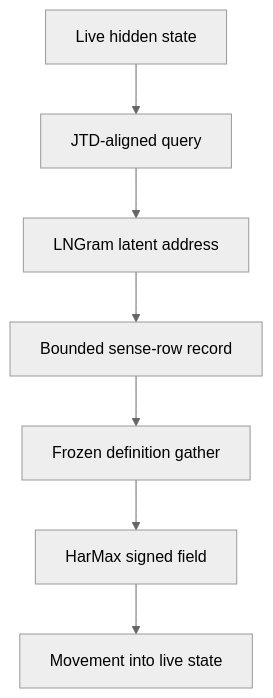
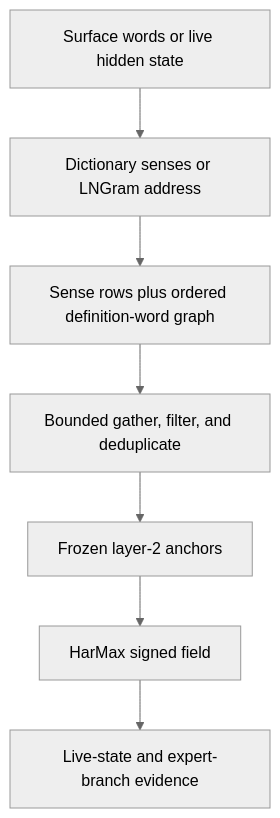
The second of 3 diagrams in README.md (Carson1391/Dendritron-recurrent-engram), drawn with Mermaid (neutral theme) before and after one commit. The commit also changed other lines of this file and 2 other files, not shown here.

Commit message:
Connect layer-2 dictionary graph to reasoning path

````diff
--- a/README.md
+++ b/README.md
@@ -223,9 +282,9 @@
 ```mermaid
 flowchart TD
-    A[Live hidden state] --> B[JTD-aligned query]
-    B --> C[LNGram latent address]
-    C --> D[Bounded sense-row record]
-    D --> E[Frozen definition gather]
+    A[Surface words or live hidden state] --> B[Dictionary senses or LNGram address]
+    B --> C[Sense rows plus ordered definition-word graph]
+    C --> D[Bounded gather, filter, and deduplicate]
+    D --> E[Frozen layer-2 anchors]
     E --> F[HarMax signed field]
-    F --> G[Movement into live state]
+    F --> G[Live-state and expert-branch evidence]
 ```
````
